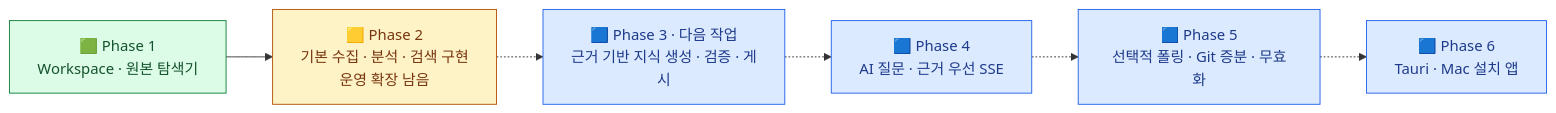
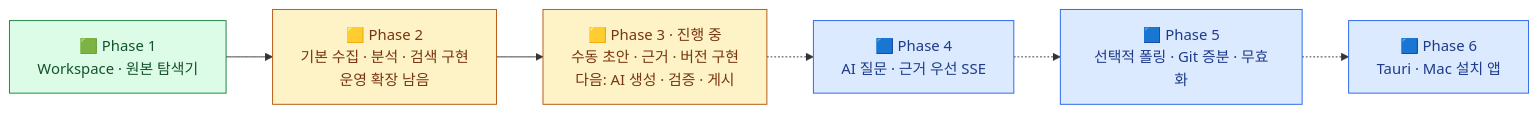
The first of 5 diagrams in docs/design-map.md (thisisnew/dougle), drawn with Mermaid before and after one commit. The commit also changed other lines of this file and 24 other files, not shown here.

````diff
--- a/docs/design-map.md
+++ b/docs/design-map.md
@@ -15,20 +15,20 @@
 ```mermaid
 flowchart LR
     P1["🟩 Phase 1<br/>Workspace · 원본 탐색기"]
     P2["🟨 Phase 2<br/>기본 수집 · 분석 · 검색 구현<br/>운영 확장 남음"]
-    P3["🟦 Phase 3 · 다음 작업<br/>근거 기반 지식 생성 · 검증 · 게시"]
+    P3["🟨 Phase 3 · 진행 중<br/>수동 초안 · 근거 · 버전 구현<br/>다음: AI 생성 · 검증 · 게시"]
     P4["🟦 Phase 4<br/>AI 질문 · 근거 우선 SSE"]
     P5["🟦 Phase 5<br/>선택적 폴링 · Git 증분 · 무효화"]
     P6["🟦 Phase 6<br/>Tauri · Mac 설치 앱"]
     P1 --> P2
-    P2 -.-> P3
+    P2 --> P3
     P3 -.-> P4
     P4 -.-> P5
     P5 -.-> P6
     classDef done fill:#dcfce7,stroke:#15803d,color:#14532d
     classDef partial fill:#fef3c7,stroke:#b45309,color:#78350f
     classDef planned fill:#dbeafe,stroke:#2563eb,color:#1e3a8a
     class P1 done
-    class P2 partial
-    class P3,P4,P5,P6 planned
+    class P2,P3 partial
+    class P4,P5,P6 planned
 ```
````
